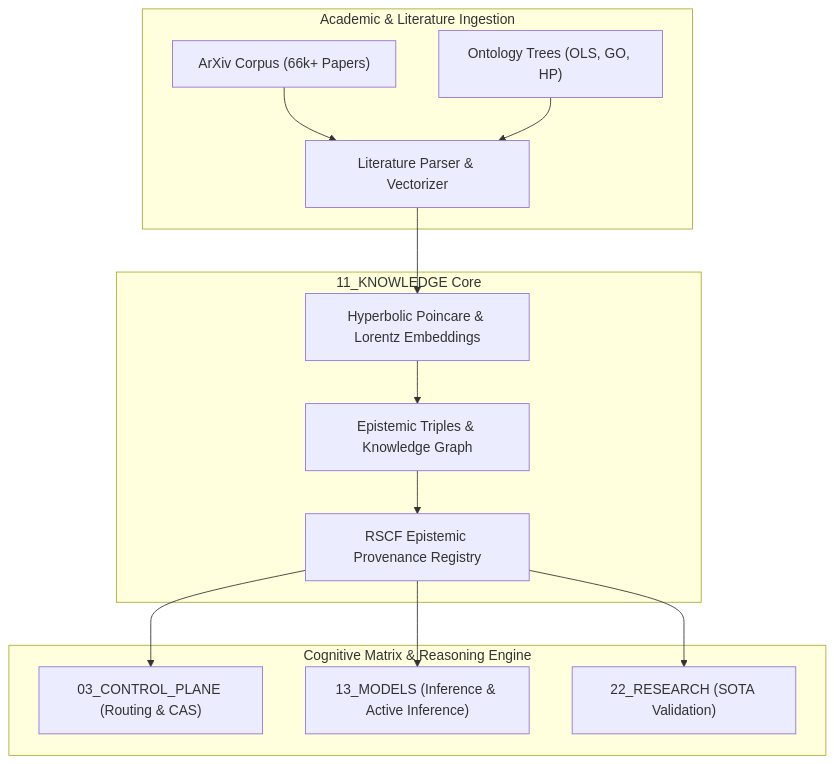
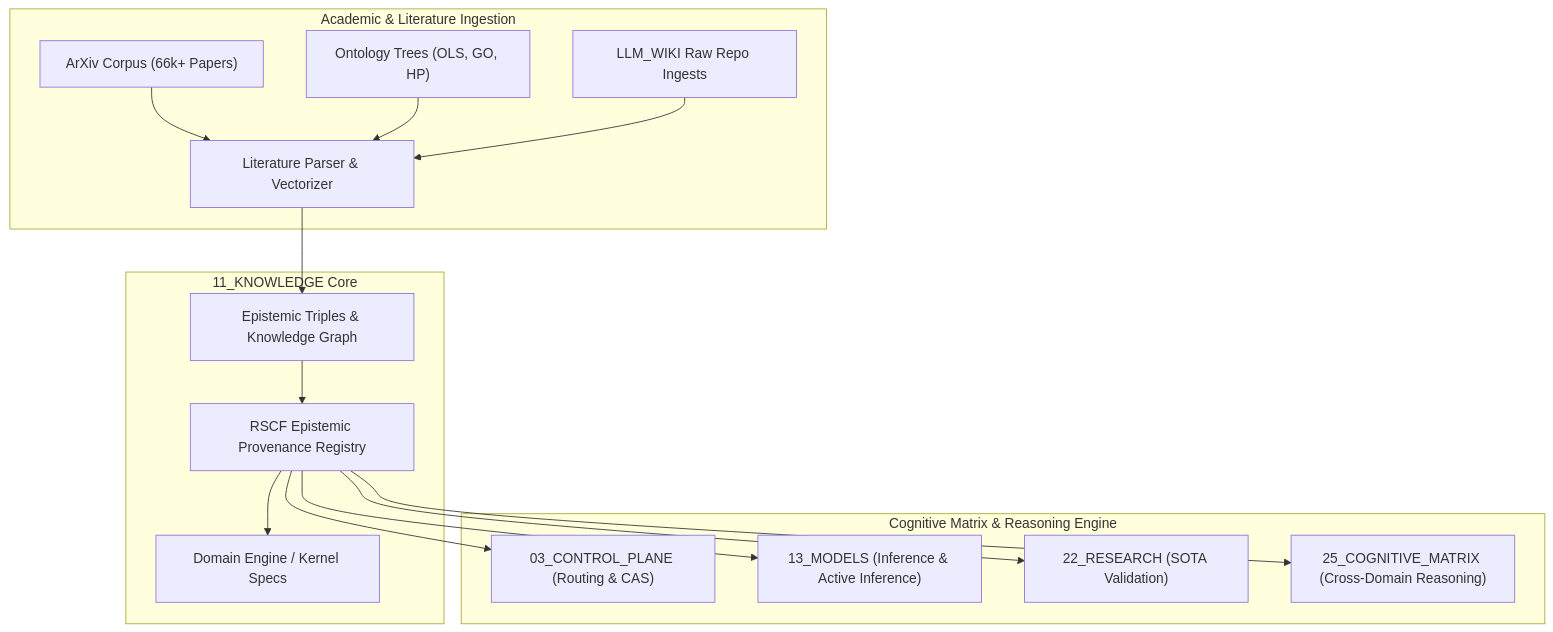
The diagram in 11_KNOWLEDGE/KNOWLEDGE_README.md (trangyp/AMOS-OS), drawn with Mermaid before and after one commit. The commit also changed other lines of this file and 6875 other files, not shown here.

````diff
--- a/11_KNOWLEDGE/KNOWLEDGE_README.md
+++ b/11_KNOWLEDGE/KNOWLEDGE_README.md
@@ -28,17 +66,19 @@
 ```mermaid
 flowchart TD
     subgraph Ingestion["Academic & Literature Ingestion"]
         A1["ArXiv Corpus (66k+ Papers)"] --> A2["Literature Parser & Vectorizer"]
         A3["Ontology Trees (OLS, GO, HP)"] --> A2
+        A4["LLM_WIKI Raw Repo Ingests"] --> A2
     end
     subgraph Substrate["11_KNOWLEDGE Core"]
-        A2 --> K1["Hyperbolic Poincare & Lorentz Embeddings"]
-        K1 --> K2["Epistemic Triples & Knowledge Graph"]
-        K2 --> K3["RSCF Epistemic Provenance Registry"]
+        A2 --> K1["Epistemic Triples & Knowledge Graph"]
+        K1 --> K2["RSCF Epistemic Provenance Registry"]
+        K2 --> K3["Domain Engine / Kernel Specs"]
     end
     subgraph Consumption["Cognitive Matrix & Reasoning Engine"]
-        K3 --> C1["03_CONTROL_PLANE (Routing & CAS)"]
-        K3 --> C2["13_MODELS (Inference & Active Inference)"]
-        K3 --> C3["22_RESEARCH (SOTA Validation)"]
+        K2 --> C1["03_CONTROL_PLANE (Routing & CAS)"]
+        K2 --> C2["13_MODELS (Inference & Active Inference)"]
+        K2 --> C3["22_RESEARCH (SOTA Validation)"]
+        K2 --> C4["25_COGNITIVE_MATRIX (Cross-Domain Reasoning)"]
     end
 ```
````
